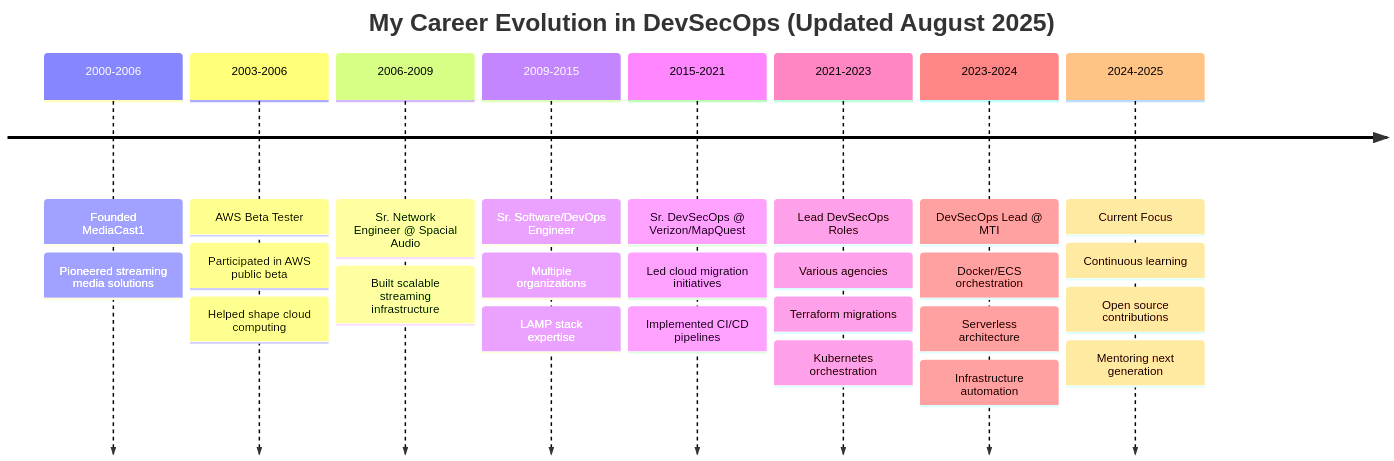
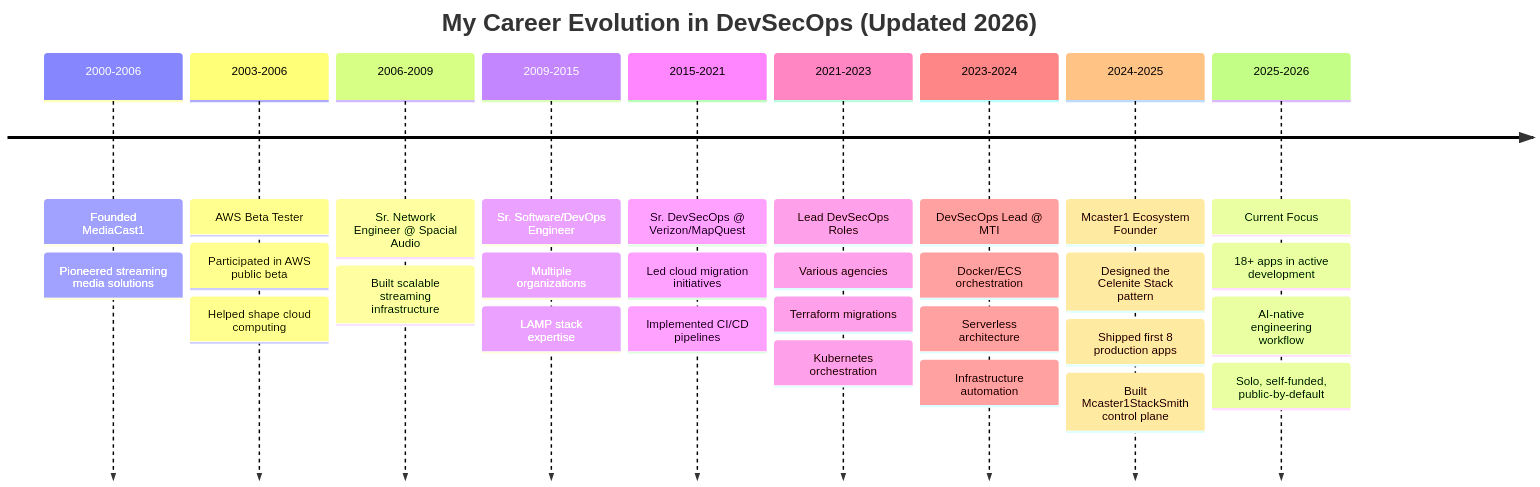
The diagram in README.md (davestj/davestj), drawn with Mermaid before and after one commit. The commit also changed other lines of this file, not shown here.

````diff
--- a/README.md
+++ b/README.md
@@ -204,37 +221,42 @@
 ```mermaid
 timeline
-    title My Career Evolution in DevSecOps (Updated August 2025)
+    title My Career Evolution in DevSecOps (Updated 2026)
     
     2000-2006 : Founded MediaCast1
                 : Pioneered streaming media solutions
     
     2003-2006 : AWS Beta Tester
                 : Participated in AWS public beta
                 : Helped shape cloud computing
     
     2006-2009 : Sr. Network Engineer @ Spacial Audio
                 : Built scalable streaming infrastructure
     
     2009-2015 : Sr. Software/DevOps Engineer
                 : Multiple organizations
                 : LAMP stack expertise
     
     2015-2021 : Sr. DevSecOps @ Verizon/MapQuest
                 : Led cloud migration initiatives
                 : Implemented CI/CD pipelines
     
     2021-2023 : Lead DevSecOps Roles
                 : Various agencies
                 : Terraform migrations
                 : Kubernetes orchestration
     
     2023-2024 : DevSecOps Lead @ MTI
                 : Docker/ECS orchestration
                 : Serverless architecture
                 : Infrastructure automation
     
-    2024-2025 : Current Focus
-                : Continuous learning
-                : Open source contributions
-                : Mentoring next generation
+    2024-2025 : Mcaster1 Ecosystem Founder
+                : Designed the Celenite Stack pattern
+                : Shipped first 8 production apps
+                : Built Mcaster1StackSmith control plane
+    
+    2025-2026 : Current Focus
+                : 18+ apps in active development
+                : AI-native engineering workflow
+                : Solo, self-funded, public-by-default
 ```
````
